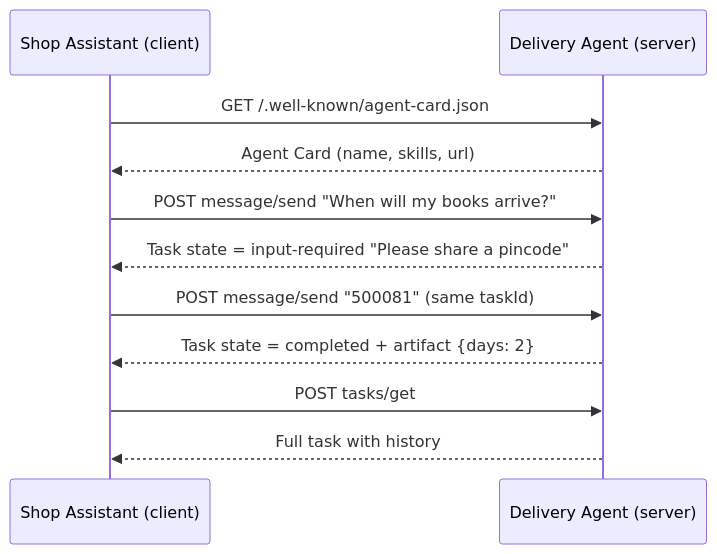
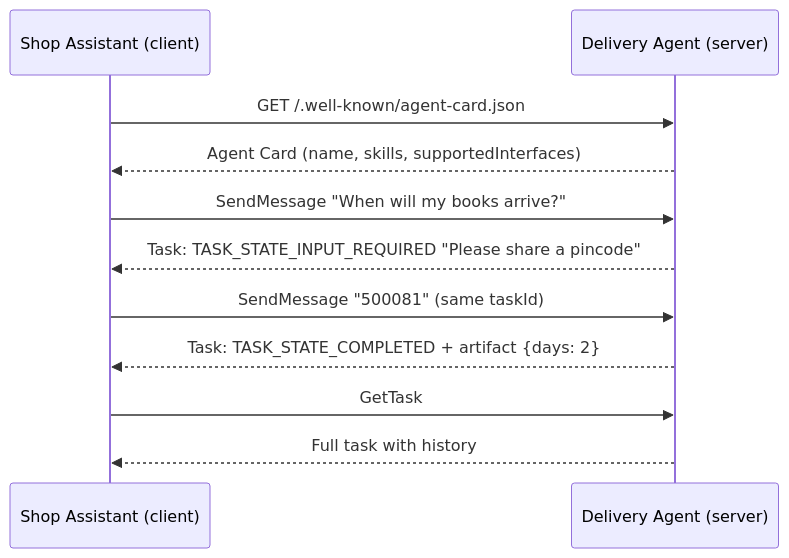
Before and after one commit to charanbabareddy-dot/a2a-protocol-demo: the first of 3 diagrams in README.md, drawn with Mermaid. The commit also changed other lines of this file and 6 other files, not shown here.

````diff
--- a/README.md
+++ b/README.md
@@ -30,13 +37,13 @@
 ```mermaid
 sequenceDiagram
     participant C as Shop Assistant (client)
     participant S as Delivery Agent (server)
     C->>S: GET /.well-known/agent-card.json
-    S-->>C: Agent Card (name, skills, url)
-    C->>S: POST message/send "When will my books arrive?"
-    S-->>C: Task state = input-required "Please share a pincode"
-    C->>S: POST message/send "500081" (same taskId)
-    S-->>C: Task state = completed + artifact {days: 2}
-    C->>S: POST tasks/get
+    S-->>C: Agent Card (name, skills, supportedInterfaces)
+    C->>S: SendMessage "When will my books arrive?"
+    S-->>C: Task: TASK_STATE_INPUT_REQUIRED "Please share a pincode"
+    C->>S: SendMessage "500081" (same taskId)
+    S-->>C: Task: TASK_STATE_COMPLETED + artifact {days: 2}
+    C->>S: GetTask
     S-->>C: Full task with history
 ```
````
